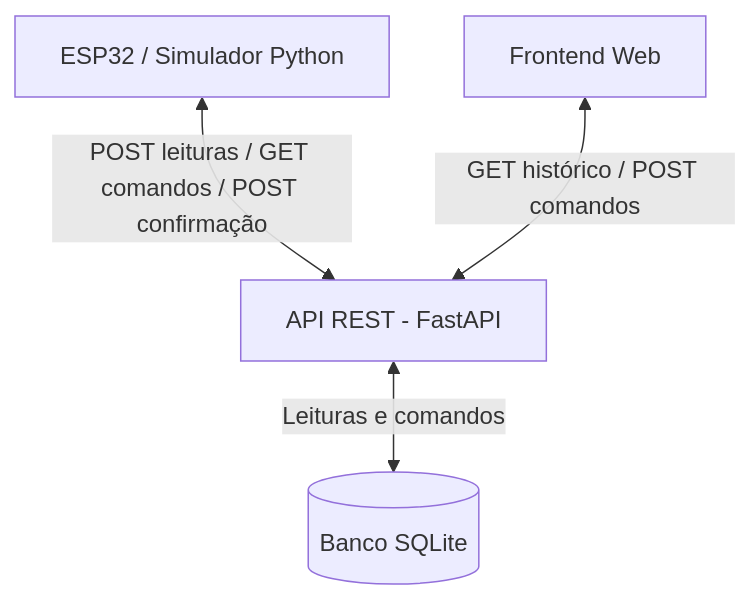
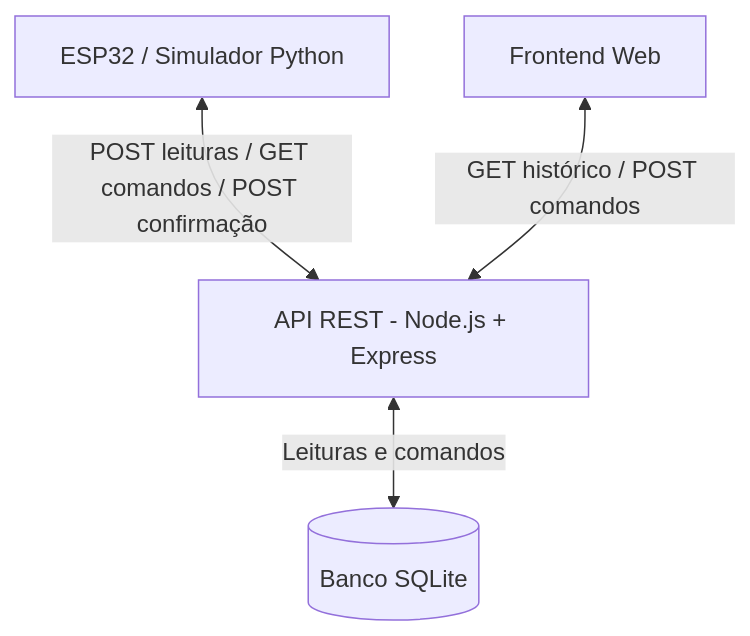
One commit to luisfccf/Projeto-Integrador changed the first of 2 diagrams in docs/ATIVIDADE_01.md. Above: the diagram before and after it, drawn with Mermaid. The commit also changed other lines of this file and 8 other files, not shown here.

Commit message:
Atividade 02 - Backend Express SQLite e simulador ESP32

````diff
--- a/docs/ATIVIDADE_01.md
+++ b/docs/ATIVIDADE_01.md
@@ -23,6 +23,6 @@
 ```mermaid
 flowchart TD
-  E[ESP32 / Simulador Python] <-->|POST leituras / GET comandos / POST confirmação| A[API REST - FastAPI]
+  E[ESP32 / Simulador Python] <-->|POST leituras / GET comandos / POST confirmação| A[API REST - Node.js + Express]
   F[Frontend Web] <-->|GET histórico / POST comandos| A
   A <-->|Leituras e comandos| B[(Banco SQLite)]
 ```
````
